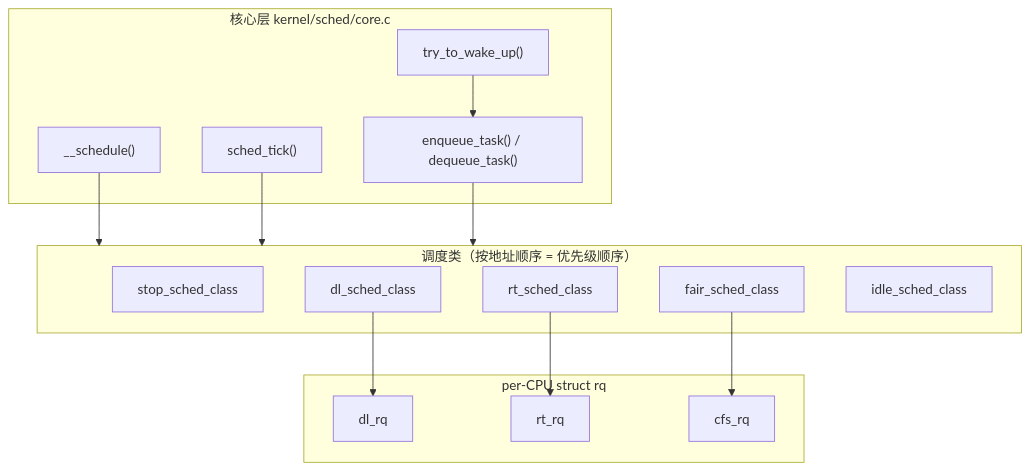
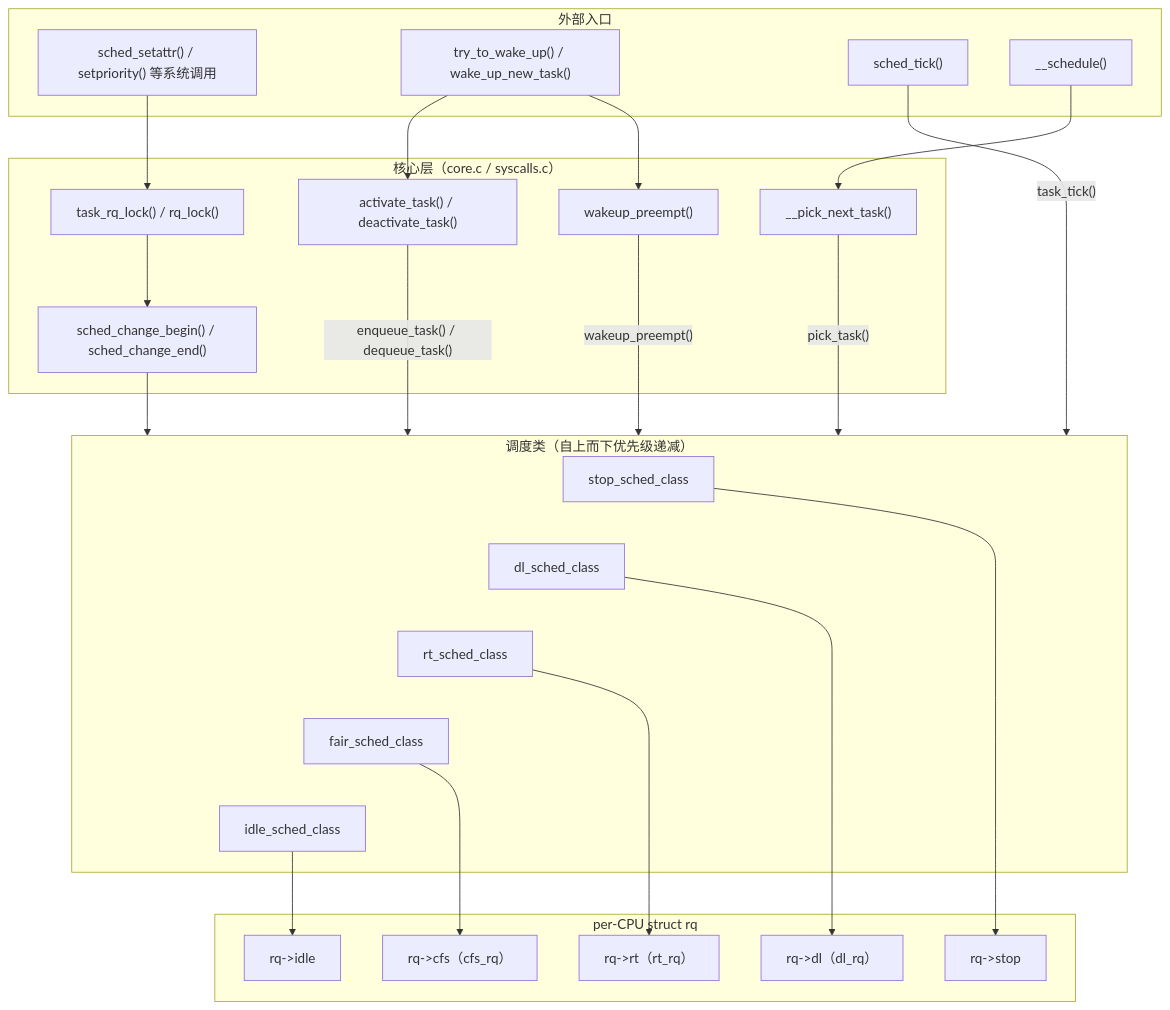
The first of 2 diagrams in book/03-scheduler/01-overview.md (linuxperf/linux-study), drawn with Mermaid before and after one commit. The commit also changed other lines of this file and 2 other files, not shown here.

````diff
--- a/book/03-scheduler/01-overview.md
+++ b/book/03-scheduler/01-overview.md
@@ -645,28 +17,45 @@
 ```mermaid
 flowchart TB
-    subgraph core["核心层 kernel/sched/core.c"]
-        S["__schedule()"]
-        W["try_to_wake_up()"]
-        T["sched_tick()"]
-        E["enqueue_task() / dequeue_task()"]
+    subgraph api["外部入口"]
+        SYS["sched_setattr() / setpriority() 等系统调用"]
+        WAKE["try_to_wake_up() / wake_up_new_task()"]
+        TICK["sched_tick()"]
+        SCHED["__schedule()"]
     end
-    subgraph classes["调度类（按地址顺序 = 优先级顺序）"]
+    subgraph core["核心层（core.c / syscalls.c）"]
+        LOCK["task_rq_lock() / rq_lock()"]
+        ACT["activate_task() / deactivate_task()"]
+        CHG["sched_change_begin() / sched_change_end()"]
+        PICK["__pick_next_task()"]
+        PRE["wakeup_preempt()"]
+    end
+    subgraph classes["调度类（自上而下优先级递减）"]
         STOP["stop_sched_class"]
         DL["dl_sched_class"]
         RT["rt_sched_class"]
         FAIR["fair_sched_class"]
         IDLE["idle_sched_class"]
+        STOP ~~~ DL ~~~ RT ~~~ FAIR ~~~ IDLE
     end
     subgraph rq["per-CPU struct rq"]
-        DLRQ["dl_rq"]
-        RTRQ["rt_rq"]
-        CFSRQ["cfs_rq"]
+        PSTOP["rq->stop"]
+        DLRQ["rq->dl（dl_rq）"]
+        RTRQ["rq->rt（rt_rq）"]
+        CFSRQ["rq->cfs（cfs_rq）"]
+        PIDLE["rq->idle"]
     end
-    S --> classes
-    W --> E
-    T --> classes
-    E --> classes
+    SYS --> LOCK --> CHG
+    WAKE --> ACT
+    WAKE --> PRE
+    SCHED --> PICK
+    TICK -- "task_tick()" --> classes
+    ACT -- "enqueue_task() / dequeue_task()" --> classes
+    CHG --> classes
+    PICK -- "pick_task()" --> classes
+    PRE -- "wakeup_preempt()" --> classes
+    STOP --> PSTOP
     DL --> DLRQ
     RT --> RTRQ
     FAIR --> CFSRQ
+    IDLE --> PIDLE
 ```
````
